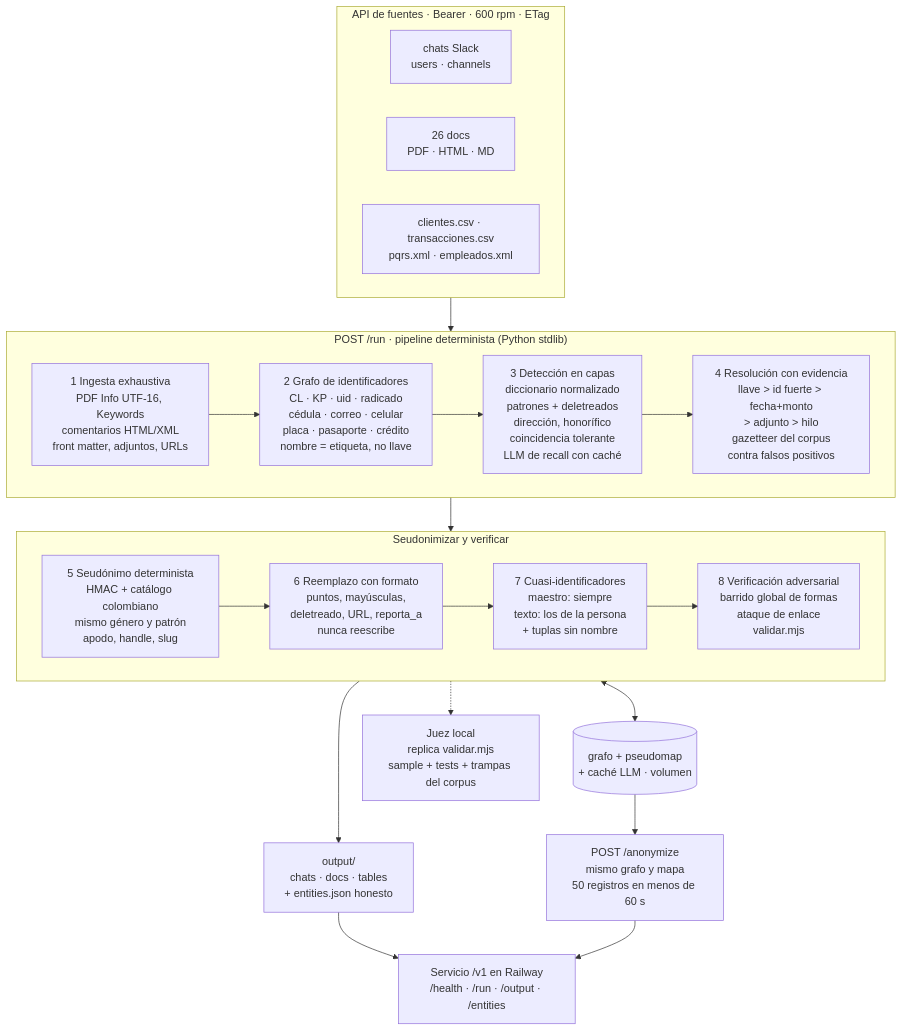
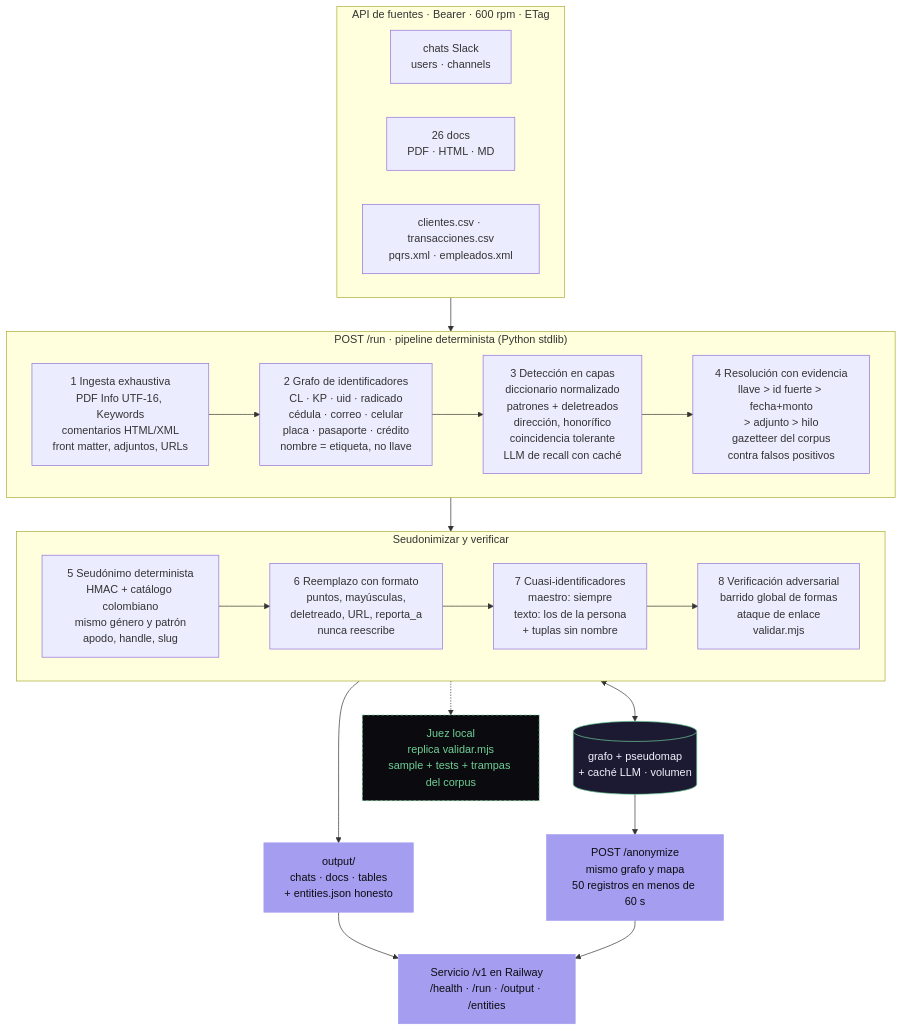
Before and after one commit to SamaelFL/kipu-anon: the diagram in docs/diagrama.mmd, drawn with Mermaid. The commit also changed 2 other files, not shown here.

Commit message:
Diagrama con la paleta de Frontier

```diff
--- a/docs/diagrama.mmd
+++ b/docs/diagrama.mmd
@@ -1,32 +1,39 @@
 flowchart TB
   subgraph F["API de fuentes · Bearer · 600 rpm · ETag"]
     direction LR
     C["chats Slack<br/>users · channels"]
     D["26 docs<br/>PDF · HTML · MD"]
     T["clientes.csv · transacciones.csv<br/>pqrs.xml · empleados.xml"]
   end
   subgraph A["POST /run · pipeline determinista (Python stdlib)"]
     direction LR
     I["1 Ingesta exhaustiva<br/>PDF Info UTF-16, Keywords<br/>comentarios HTML/XML<br/>front matter, adjuntos, URLs"]
     R["2 Grafo de identificadores<br/>CL · KP · uid · radicado<br/>cédula · correo · celular<br/>placa · pasaporte · crédito<br/>nombre = etiqueta, no llave"]
     DET["3 Detección en capas<br/>diccionario normalizado<br/>patrones + deletreados<br/>dirección, honorífico<br/>coincidencia tolerante<br/>LLM de recall con caché"]
     RES["4 Resolución con evidencia<br/>llave > id fuerte > fecha+monto<br/>> adjunto > hilo<br/>gazetteer del corpus<br/>contra falsos positivos"]
     I --> R --> DET --> RES
   end
   subgraph B["Seudonimizar y verificar"]
     direction LR
     P["5 Seudónimo determinista<br/>HMAC + catálogo colombiano<br/>mismo género y patrón<br/>apodo, handle, slug"]
     REP["6 Reemplazo con formato<br/>puntos, mayúsculas,<br/>deletreado, URL, reporta_a<br/>nunca reescribe"]
     Q["7 Cuasi-identificadores<br/>maestro: siempre<br/>texto: los de la persona<br/>+ tuplas sin nombre"]
     CHK["8 Verificación adversarial<br/>barrido global de formas<br/>ataque de enlace<br/>validar.mjs"]
     P --> REP --> Q --> CHK
   end
   F --> I
   RES --> P
   M[("grafo + pseudomap<br/>+ caché LLM · volumen")]
   P <--> M
   CHK --> O["output/<br/>chats · docs · tables<br/>+ entities.json honesto"]
   M --> AN["POST /anonymize<br/>mismo grafo y mapa<br/>50 registros en menos de 60 s"]
   O --> S["Servicio /v1 en Railway<br/>/health · /run · /output · /entities"]
   AN --> S
   CHK -.-> J["Juez local<br/>replica validar.mjs<br/>sample + tests + trampas del corpus"]
+
+  classDef store fill:#1c1a33,stroke:#6fcf97,color:#f2f1fb
+  classDef out fill:#a59ef0,stroke:#a59ef0,color:#0b0b0f
+  classDef juez fill:#0b0b0f,stroke:#6fcf97,color:#6fcf97,stroke-dasharray:4 3
+  class M store
+  class S,O,AN out
+  class J juez
```
